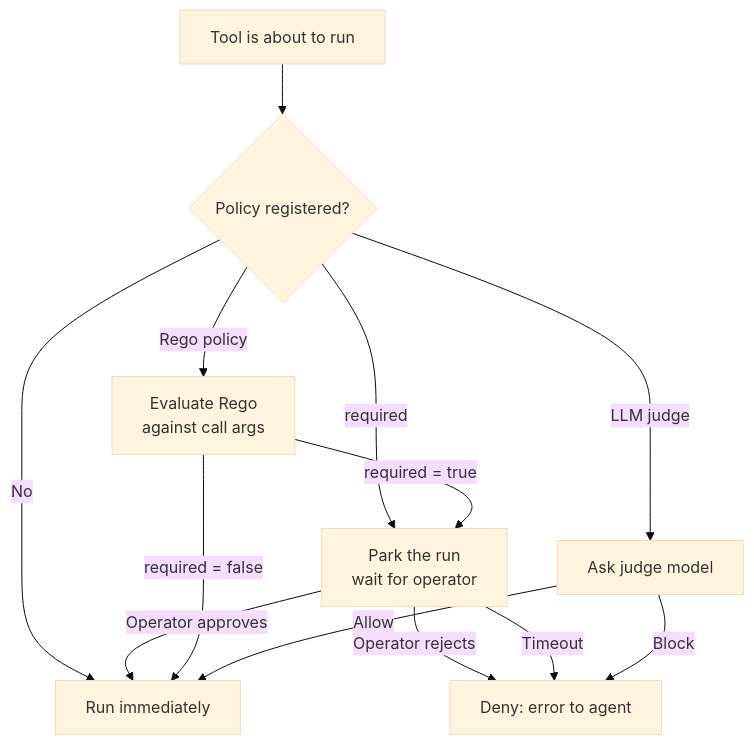
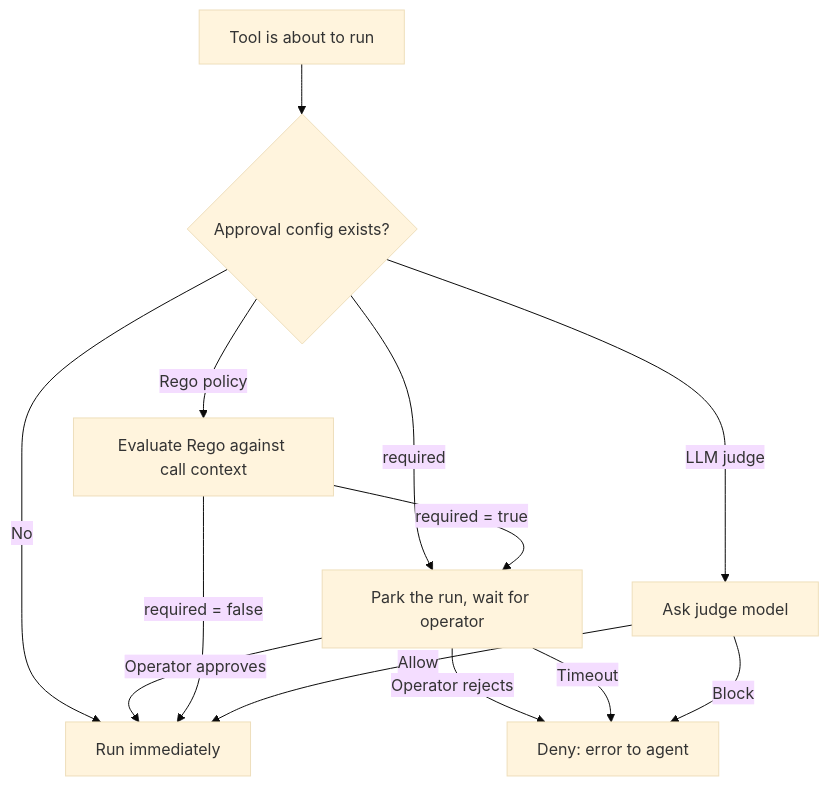
The diagram in primer/user_docs/features/toolsets-approvals.md (primerhq/primer), drawn with Mermaid (base theme) before and after one commit. The commit also changed other lines of this file and 1 other file, not shown here.

First line of the commit message:
docs(approvals): clarify opt-in gate, restructure config section, populate embed fixture

````diff
--- a/primer/user_docs/features/toolsets-approvals.md
+++ b/primer/user_docs/features/toolsets-approvals.md
@@ -28,15 +30,15 @@
 ```mermaid
 flowchart TD
-  Call[Tool is about to run] --> Lookup{Policy registered?}
+  Call[Tool is about to run] --> Lookup{Approval config exists?}
   Lookup -->|No| Dispatch[Run immediately]
-  Lookup -->|required| Park[Park the run\nwait for operator]
-  Lookup -->|Rego policy| Eval[Evaluate Rego\nagainst call args]
+  Lookup -->|required| Park[Park the run, wait for operator]
+  Lookup -->|Rego policy| Eval[Evaluate Rego against call context]
   Lookup -->|LLM judge| Judge[Ask judge model]
   Park -->|Operator approves| Dispatch
   Park -->|Operator rejects| Deny[Deny: error to agent]
   Park -->|Timeout| Deny
   Eval -->|required = false| Dispatch
   Eval -->|required = true| Park
   Judge -->|Allow| Dispatch
   Judge -->|Block| Deny
 ```
````
